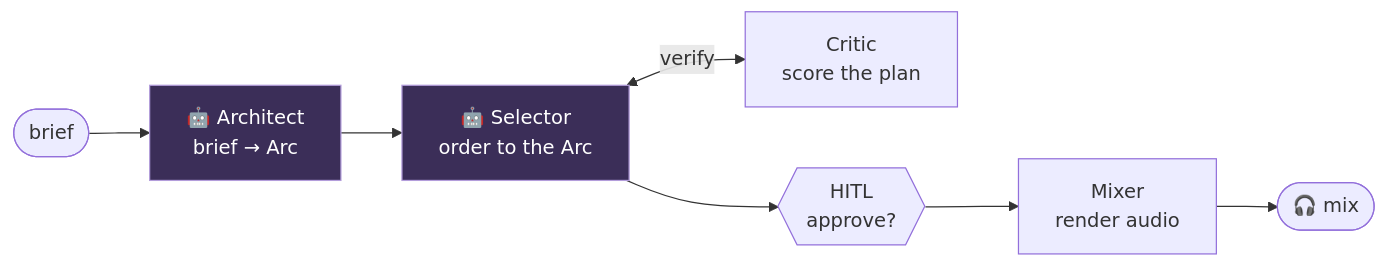
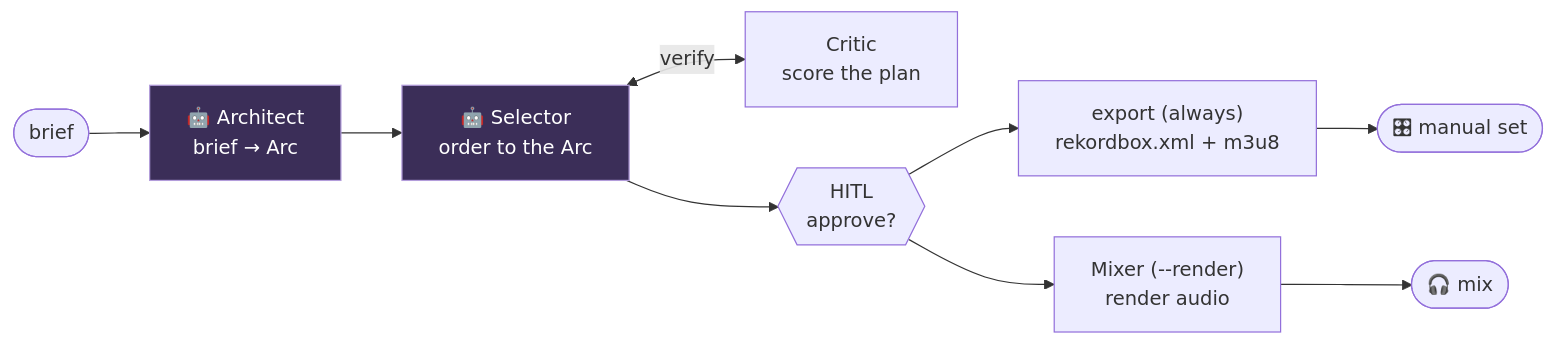
Before and after one commit to geogoesbeepboop/dj-agent: the first of 6 diagrams in docs/set-generation.md, drawn with Mermaid. The commit also changed other lines of this file and 46 other files, not shown here.

````diff
--- a/docs/set-generation.md
+++ b/docs/set-generation.md
@@ -9,11 +10,13 @@
 ```mermaid
 flowchart LR
     B(["brief"]) --> AR["🤖 Architect<br/>brief → Arc"]
     AR --> SE["🤖 Selector<br/>order to the Arc"]
     SE <-->|verify| CR["Critic<br/>score the plan"]
     SE --> HI{{"HITL<br/>approve?"}}
-    HI --> MX["Mixer<br/>render audio"]
+    HI --> EX["export (always)<br/>rekordbox.xml + m3u8"]
+    HI --> MX["Mixer (--render)<br/>render audio"]
+    EX --> OM(["🎛 manual set"])
     MX --> O(["🎧 mix"])
     classDef agent fill:#3b2e58,stroke:#b39ddb,color:#fff;
     class AR,SE agent;
 ```
````
